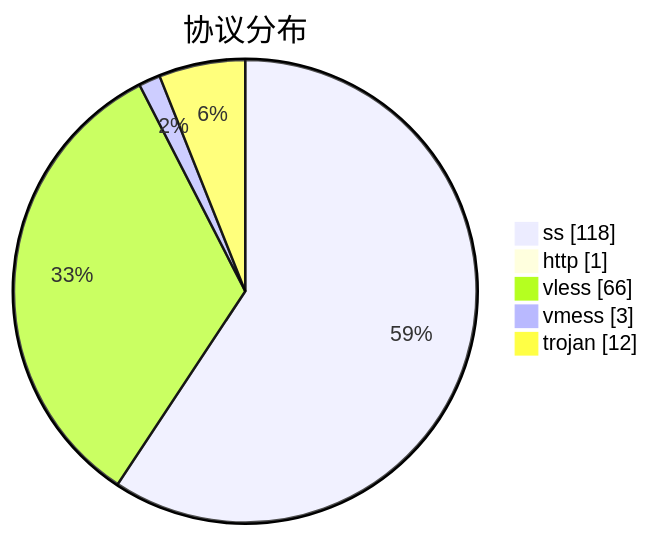
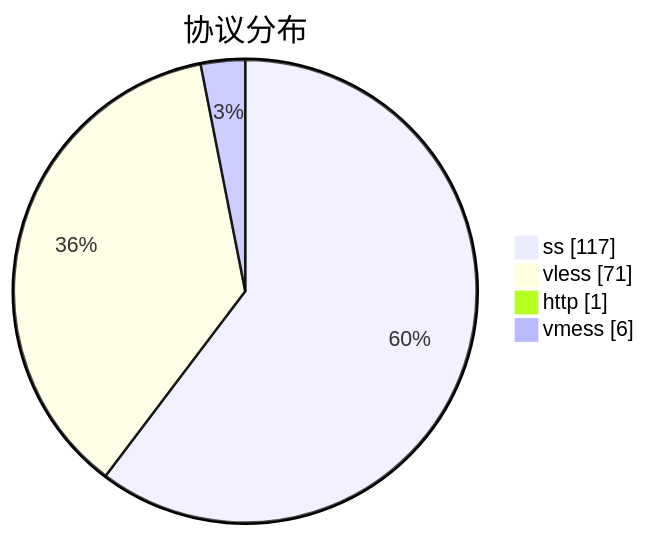
The third of 3 diagrams in subs/statistics/tested_within.md (qjlxg/airport), drawn with Mermaid before and after one commit. The commit also changed other lines of this file and 2 other files, not shown here.

````diff
--- a/subs/statistics/tested_within.md
+++ b/subs/statistics/tested_within.md
@@ -26,9 +25,8 @@
 ```mermaid
 pie showData
 title 协议分布
-"ss" : 118
+"ss" : 117
+"vless" : 71
 "http" : 1
-"vless" : 66
-"vmess" : 3
-"trojan" : 12
+"vmess" : 6
 ```
````
